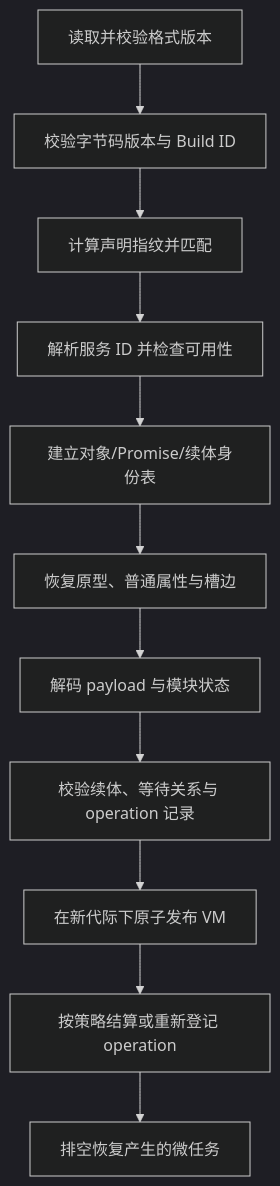
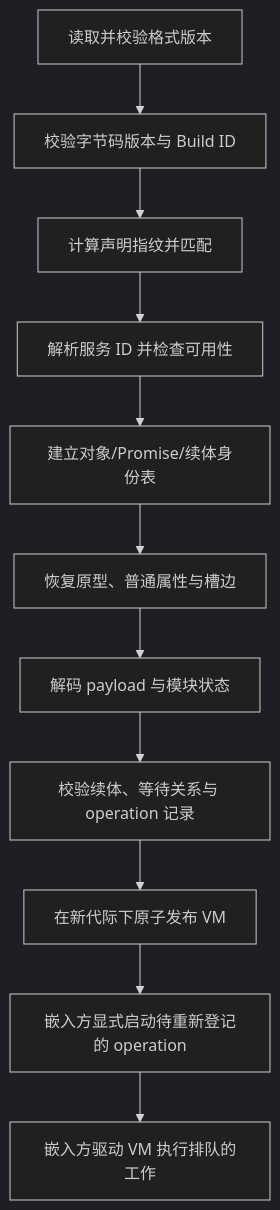
The diagram in docs/design/host-bindings.md (codehz/yield-js), drawn with Mermaid (dark theme) before and after one commit. The commit also changed other lines of this file and 161 other files, not shown here.

````diff
--- a/docs/design/host-bindings.md
+++ b/docs/design/host-bindings.md
@@ -384,13 +390,13 @@
 ```mermaid
 flowchart TB
     A[读取并校验格式版本] --> B[校验字节码版本与 Build ID]
     B --> C[计算声明指纹并匹配]
     C --> D[解析服务 ID 并检查可用性]
     D --> E[建立对象/Promise/续体身份表]
     E --> F[恢复原型、普通属性与槽边]
     F --> G[解码 payload 与模块状态]
     G --> H[校验续体、等待关系与 operation 记录]
     H --> I[在新代际下原子发布 VM]
-    I --> J[按策略结算或重新登记 operation]
-    J --> K[排空恢复产生的微任务]
+    I --> J[嵌入方显式启动待重新登记的 operation]
+    J --> K[嵌入方驱动 VM 执行排队的工作]
 ```
````
